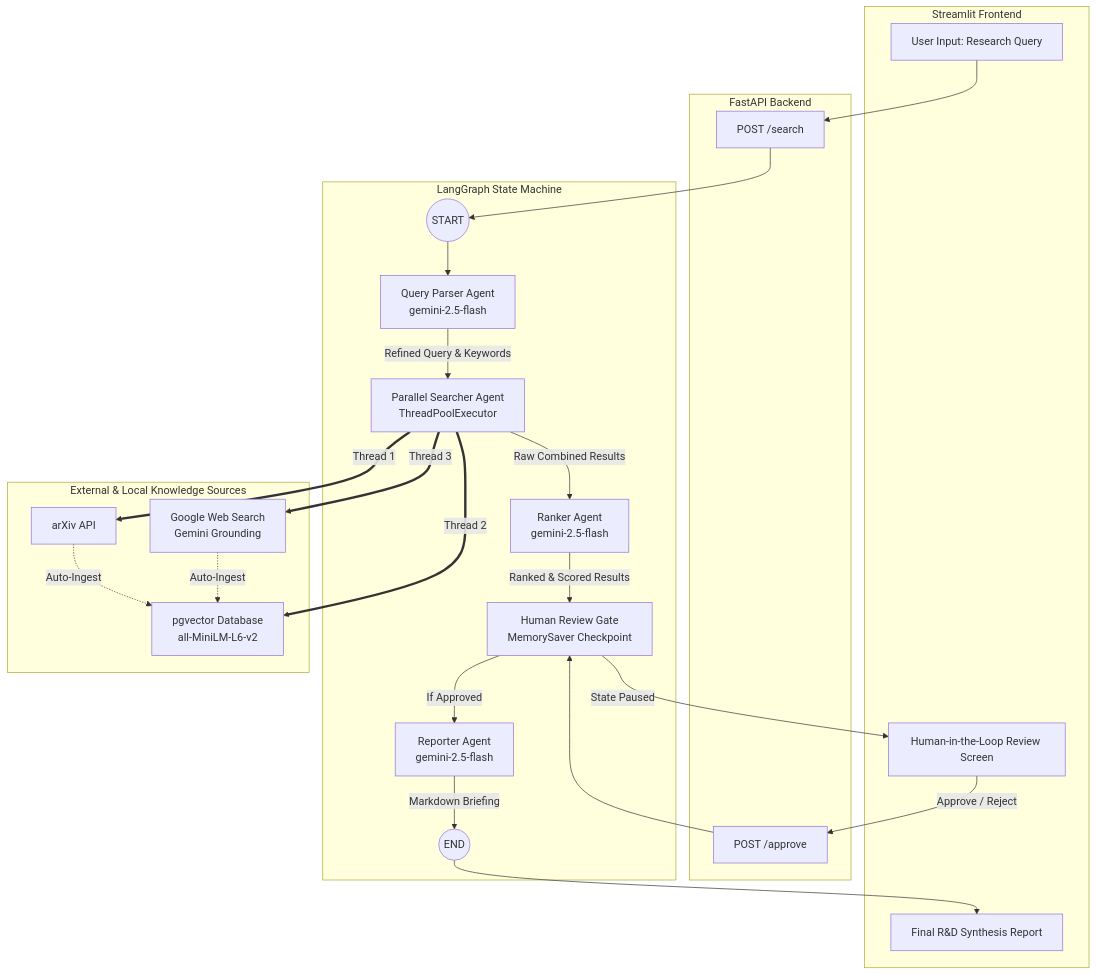
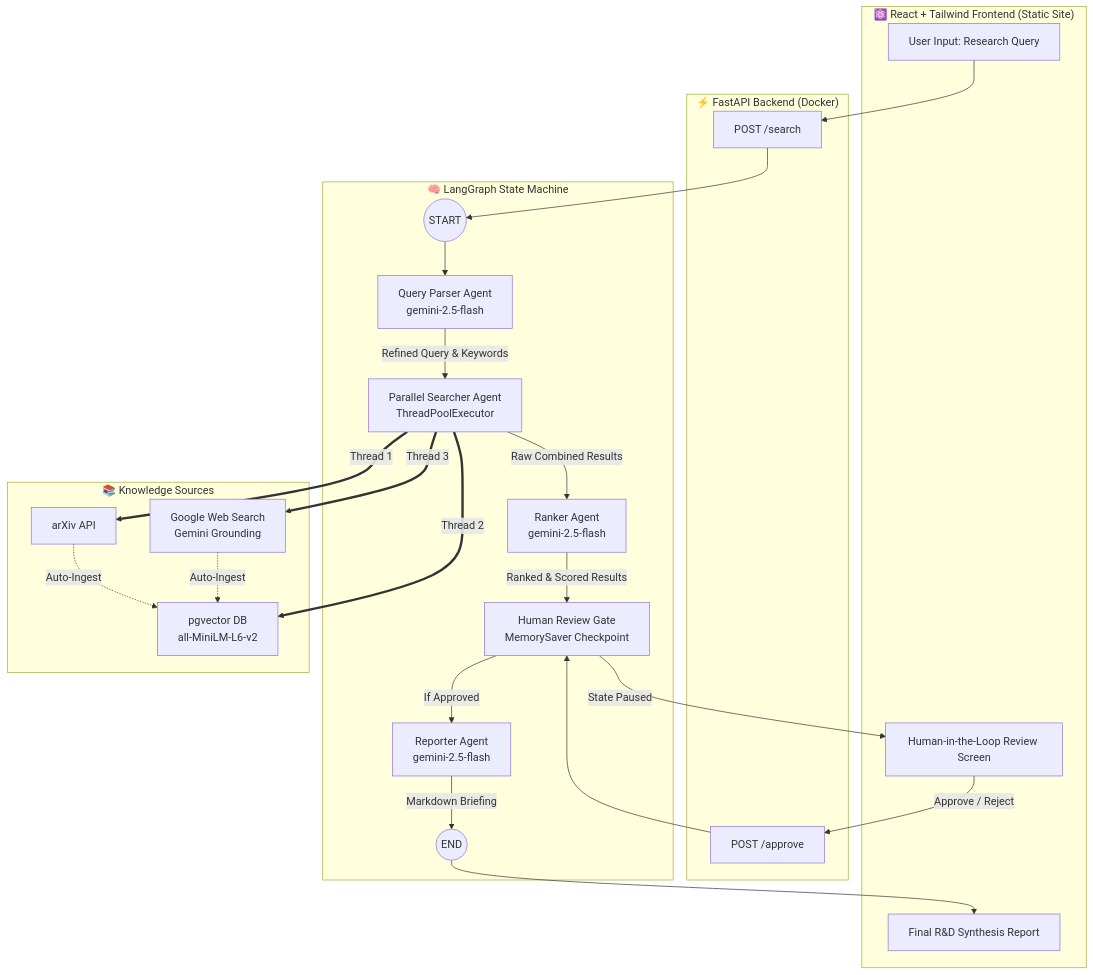
The diagram in README.md (AayushShah-904/innovation-scout), drawn with Mermaid before and after one commit. The commit also changed other lines of this file and 3 other files, not shown here.

````diff
--- a/README.md
+++ b/README.md
@@ -20,50 +25,50 @@
 ```mermaid
 graph TD
-    subgraph Streamlit Frontend
+    subgraph React Frontend["⚛️ React + Tailwind Frontend (Static Site)"]
         UI[User Input: Research Query]
         REV[Human-in-the-Loop Review Screen]
         REP[Final R&D Synthesis Report]
     end
 
-    subgraph FastAPI Backend
+    subgraph FastAPI Backend["⚡ FastAPI Backend (Docker)"]
         API_S[POST /search]
         API_A[POST /approve]
     end
 
-    subgraph LangGraph State Machine
+    subgraph LangGraph["🧠 LangGraph State Machine"]
         START((START))
         PARSER[Query Parser Agent<br>gemini-2.5-flash]
         SEARCH[Parallel Searcher Agent<br>ThreadPoolExecutor]
         RANKER[Ranker Agent<br>gemini-2.5-flash]
         HITL[Human Review Gate<br>MemorySaver Checkpoint]
         REPORTER[Reporter Agent<br>gemini-2.5-flash]
         END((END))
     end
 
-    subgraph External & Local Knowledge Sources
+    subgraph Sources["📚 Knowledge Sources"]
         ARXIV[arXiv API]
-        PGV[pgvector Database<br>all-MiniLM-L6-v2]
+        PGV[pgvector DB<br>all-MiniLM-L6-v2]
         WEB[Google Web Search<br>Gemini Grounding]
     end
 
     UI --> API_S --> START
     START --> PARSER
     PARSER -->|Refined Query & Keywords| SEARCH
-    
+
     SEARCH ==>|Thread 1| ARXIV
     SEARCH ==>|Thread 2| PGV
     SEARCH ==>|Thread 3| WEB
-    
+
     ARXIV -.->|Auto-Ingest| PGV
     WEB -.->|Auto-Ingest| PGV
-    
+
     SEARCH -->|Raw Combined Results| RANKER
     RANKER -->|Ranked & Scored Results| HITL
-    
+
     HITL -->|State Paused| REV
     REV -->|Approve / Reject| API_A --> HITL
-    
+
     HITL -->|If Approved| REPORTER
     REPORTER -->|Markdown Briefing| END
     END --> REP
 ```
````
